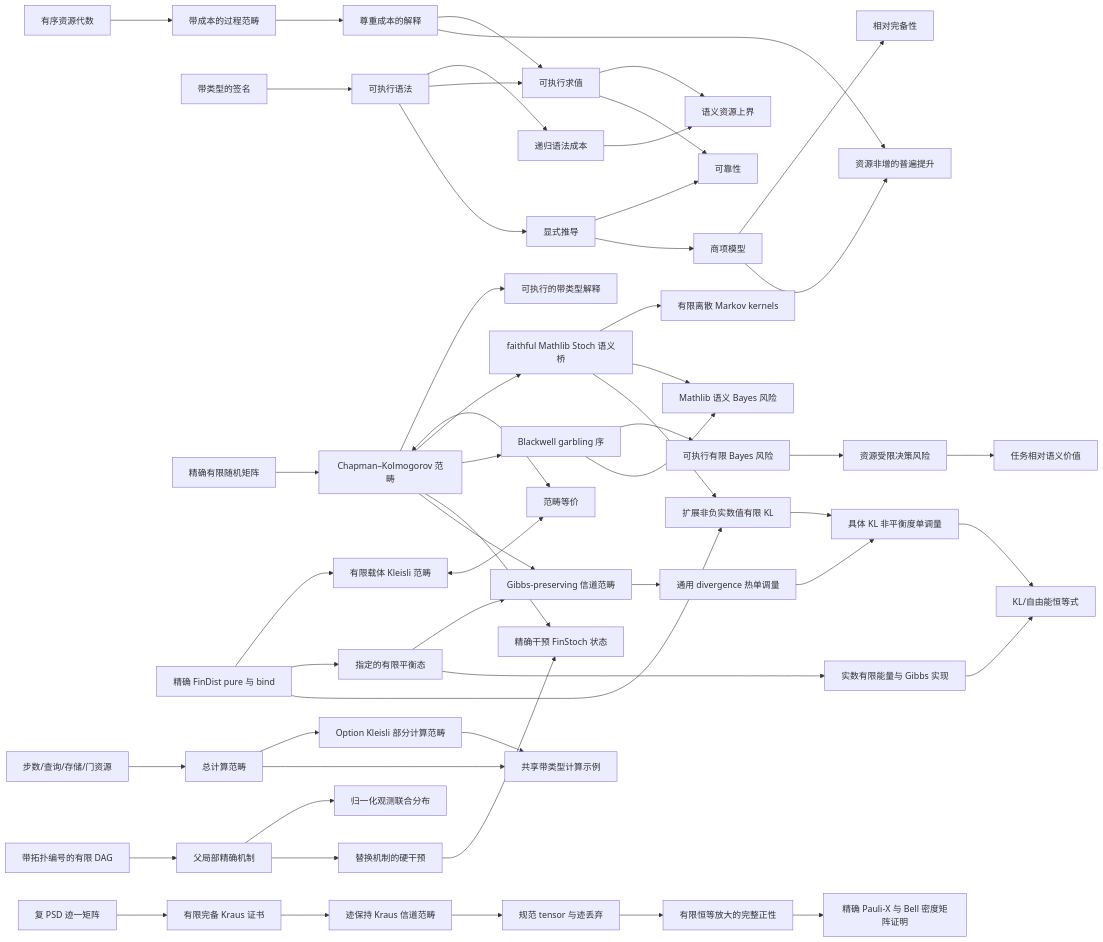
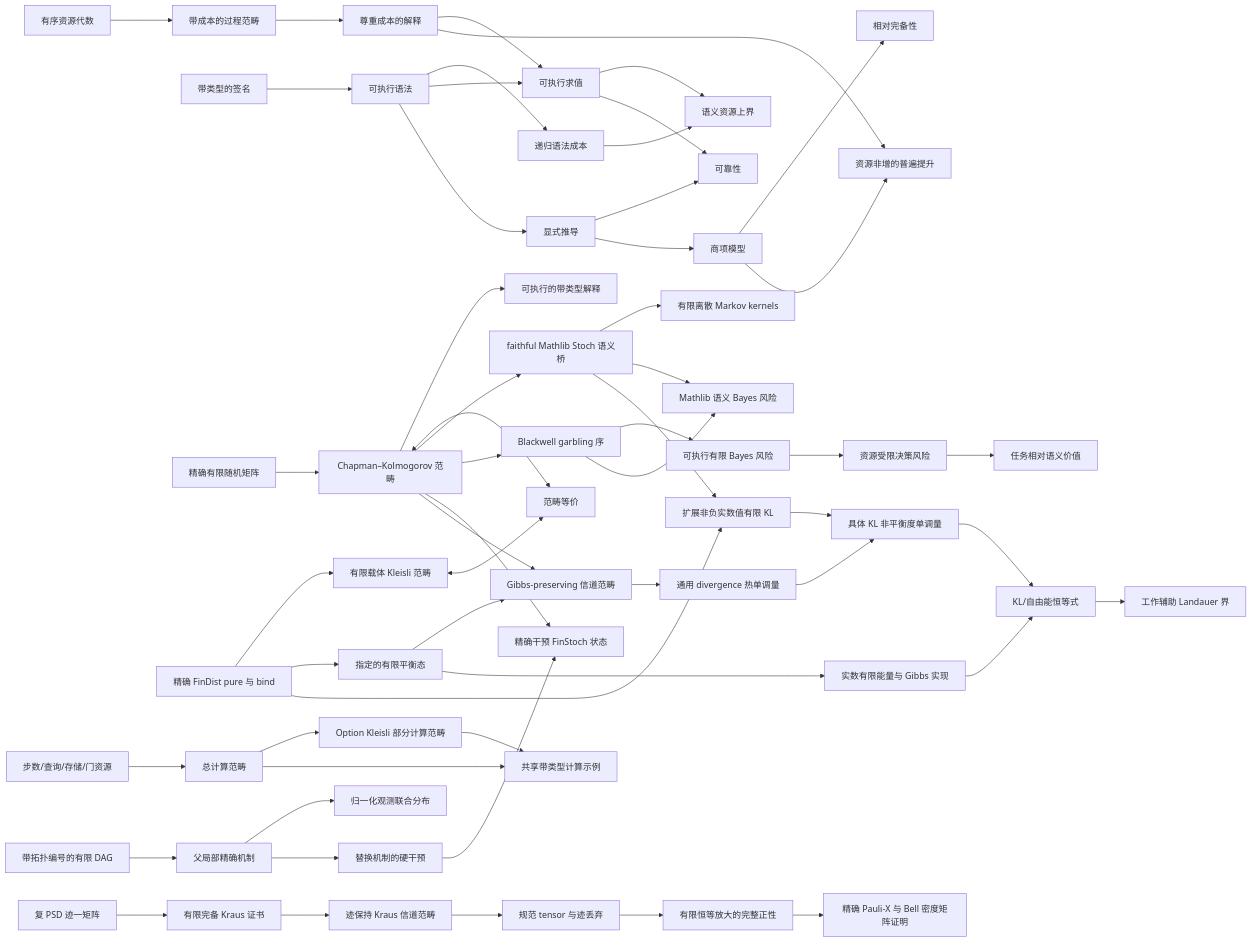
Before and after one commit to miuchan/ript: the diagram in docs/README.zh-CN.md, drawn with Mermaid. The commit also changed other lines of this file and 13 other files, not shown here.

````diff
--- a/docs/README.zh-CN.md
+++ b/docs/README.zh-CN.md
@@ -821,56 +836,57 @@
 ```mermaid
 flowchart LR
   R["有序资源代数"] --> C["带成本的过程范畴"]
   S["带类型的签名"] --> X["可执行语法"]
   X --> K["递归语法成本"]
   C --> I["尊重成本的解释"]
   X --> E["可执行求值"]
   I --> E
   K --> B["语义资源上界"]
   E --> B
   X --> D["显式推导"]
   D --> SO["可靠性"]
   E --> SO
   D --> T["商项模型"]
   T --> CO["相对完备性"]
   I --> U["资源非增的普遍提升"]
   T --> U
   F["精确有限随机矩阵"] --> CK["Chapman–Kolmogorov 范畴"]
   CK --> EX["可执行的带类型解释"]
   FD["精确 FinDist pure 与 bind"] --> KL["有限载体 Kleisli 范畴"]
   CK <--> EQ["范畴等价"]
   KL <--> EQ
   CK --> ST["faithful Mathlib Stoch 语义桥"]
   ST --> MT["有限离散 Markov kernels"]
   CK --> BW["Blackwell garbling 序"]
   ST --> SB["Mathlib 语义 Bayes 风险"]
   BW --> FR["可执行有限 Bayes 风险"]
   FR --> RR["资源受限决策风险"]
   RR --> SV["任务相对语义价值"]
   BW --> SB
   CR["步数/查询/存储/门资源"] --> TC["总计算范畴"]
   TC --> PC["Option Kleisli 部分计算范畴"]
   TC --> CE["共享带类型计算示例"]
   PC --> CE
   DAG["带拓扑编号的有限 DAG"] --> CM["父局部精确机制"]
   CM --> OJ["归一化观测联合分布"]
   CM --> DO["替换机制的硬干预"]
   DO --> IS["精确干预 FinStoch 状态"]
   CK --> IS
   FD --> TE["指定的有限平衡态"]
   CK --> GP["Gibbs-preserving 信道范畴"]
   TE --> GP
   GP --> TM["通用 divergence 热单调量"]
   FD --> FKL["扩展非负实数值有限 KL"]
   ST --> FKL
   FKL --> KTM["具体 KL 非平衡度单调量"]
   TM --> KTM
   TE --> GD["实数有限能量与 Gibbs 实现"]
   GD --> FE["KL/自由能恒等式"]
   KTM --> FE
+  FE --> LW["工作辅助 Landauer 界"]
   QB["复 PSD 迹一矩阵"] --> QK["有限完备 Kraus 证书"]
   QK --> QC["迹保持 Kraus 信道范畴"]
   QC --> QT["规范 tensor 与迹丢弃"]
   QT --> QP["有限恒等放大的完整正性"]
   QP --> QX["精确 Pauli-X 与 Bell 密度矩阵证明"]
 ```
````
